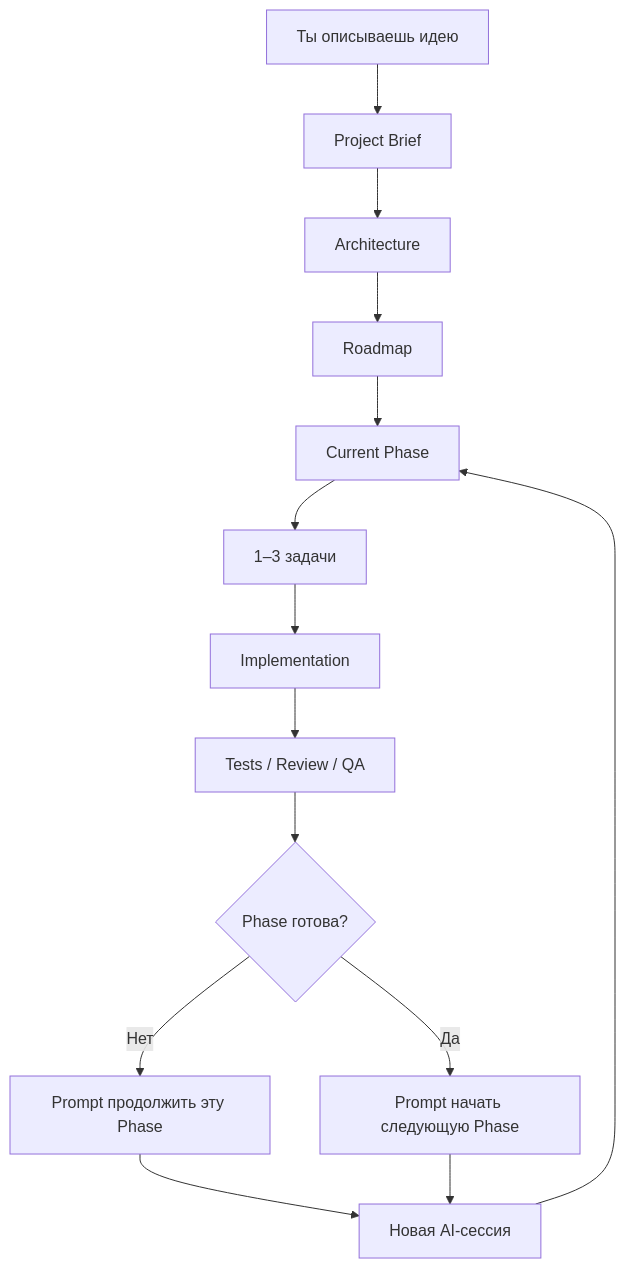
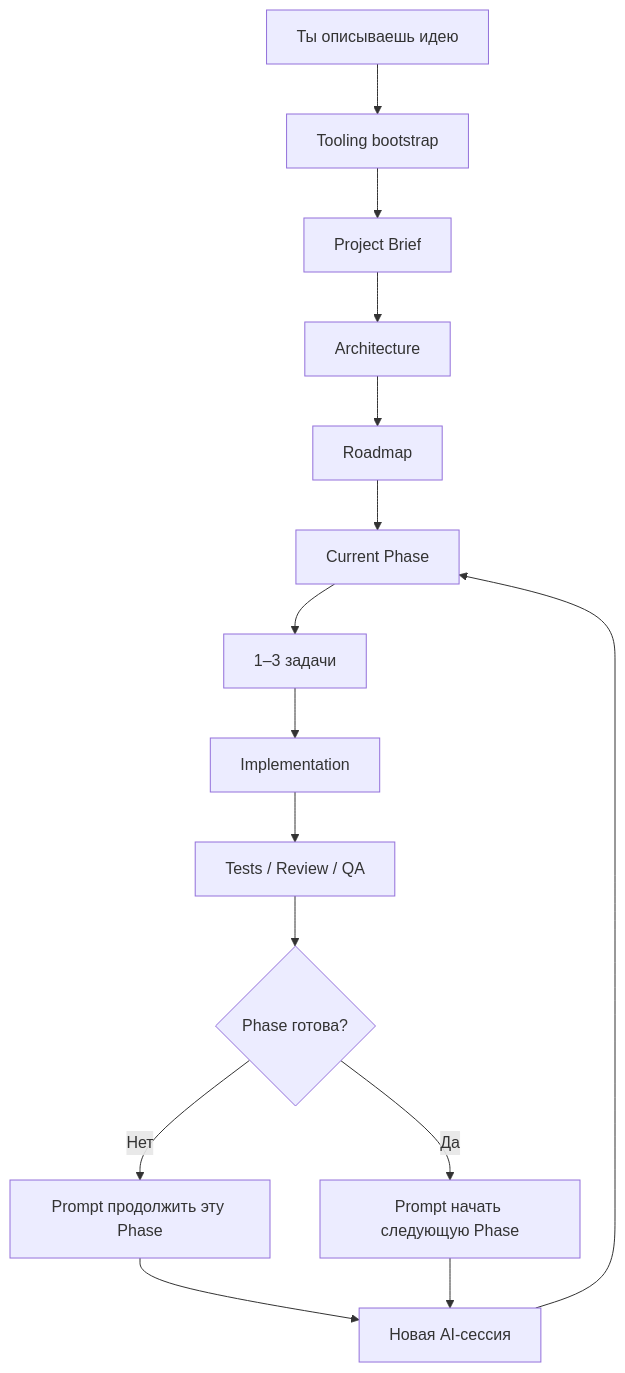
One commit to Elguajo/Token-Efficient-Spec-Kit changed the diagram in README.md. Above: the diagram before and after it, drawn with Mermaid. The commit also changed other lines of this file, not shown here.

````diff
--- a/README.md
+++ b/README.md
@@ -184,16 +187,17 @@
 ```mermaid
 flowchart TD
-    A[Ты описываешь идею] --> B[Project Brief]
-    B --> C[Architecture]
-    C --> D[Roadmap]
-    D --> E[Current Phase]
-    E --> F[1–3 задачи]
-    F --> G[Implementation]
-    G --> H[Tests / Review / QA]
-    H --> I{Phase готова?}
-    I -- Нет --> J[Prompt продолжить эту Phase]
-    I -- Да --> K[Prompt начать следующую Phase]
-    J --> L[Новая AI-сессия]
-    K --> L
-    L --> E
+    A[Ты описываешь идею] --> B[Tooling bootstrap]
+    B --> C[Project Brief]
+    C --> D[Architecture]
+    D --> E[Roadmap]
+    E --> F[Current Phase]
+    F --> G[1–3 задачи]
+    G --> H[Implementation]
+    H --> I[Tests / Review / QA]
+    I --> J{Phase готова?}
+    J -- Нет --> K[Prompt продолжить эту Phase]
+    J -- Да --> L[Prompt начать следующую Phase]
+    K --> M[Новая AI-сессия]
+    L --> M
+    M --> F
 ```
````
